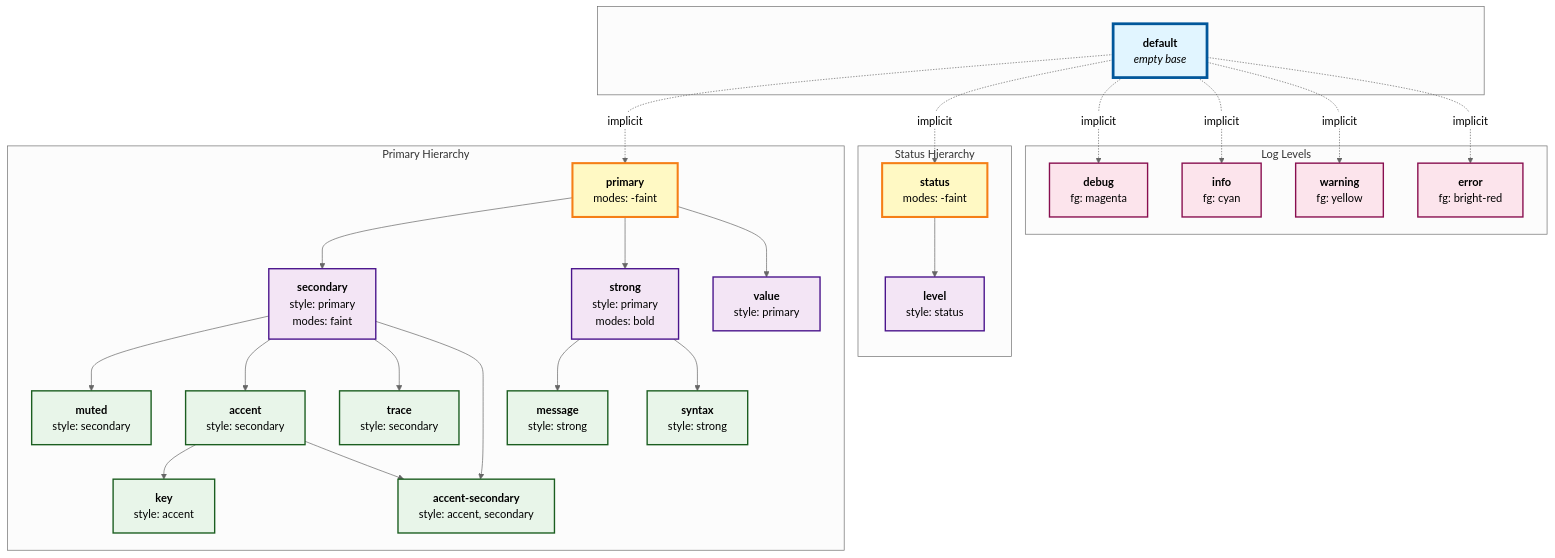
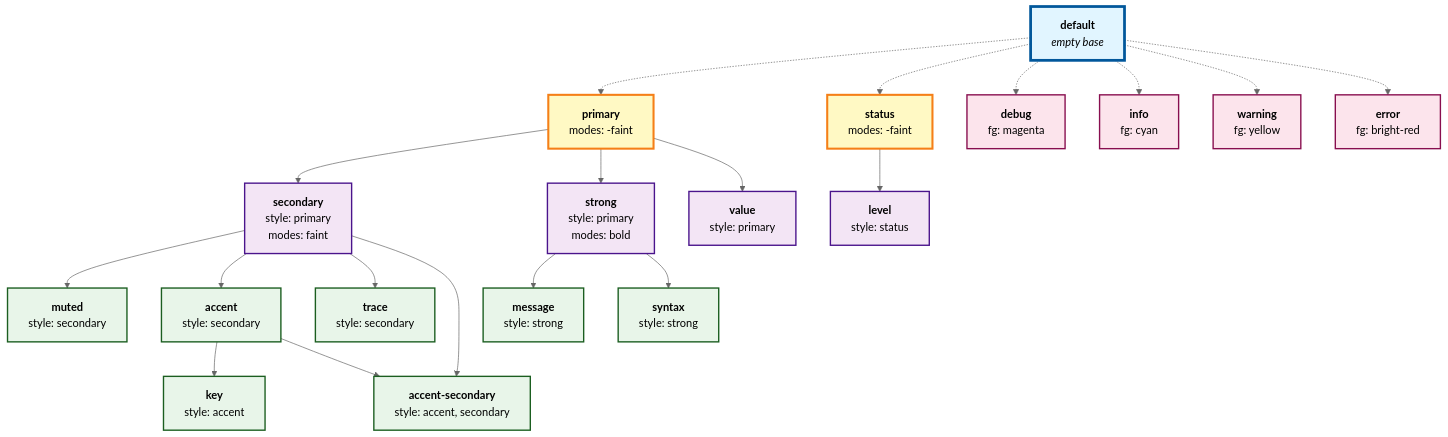
One commit to pamburus/hl changed the diagram in doc/theme.md. Above: the diagram before and after it, drawn with Mermaid (neutral theme). The commit also changed 1 other file, not shown here.

```diff
--- a/doc/theme.md
+++ b/doc/theme.md
@@ -122,12 +122,12 @@
     error["<b>error</b><br/>fg: bright-red"]
 
     %% Implicit inheritance from default (dotted lines)
-    default -.->|implicit| primary
-    default -.->|implicit| status
-    default -.->|implicit| debug
-    default -.->|implicit| info
-    default -.->|implicit| warning
-    default -.->|implicit| error
+    default -.-> primary
+    default -.-> status
+    default -.-> debug
+    default -.-> info
+    default -.-> warning
+    default -.-> error
 
     %% Primary hierarchy (solid lines)
     primary --> secondary
@@ -151,44 +151,20 @@
     %% Status derivative
     status --> level
 
-    %% Subgraph for better organization
-    subgraph " "
-        default
-    end
-
-    subgraph "Primary Hierarchy"
-        primary
-        secondary
-        strong
-        value
-        muted
-        accent
-        trace
-        key
-        accsec
-        message
-        syntax
-    end
-
-    subgraph "Status Hierarchy"
-        status
-        level
-    end
-
-    subgraph "Log Levels"
-        debug
-        info
-        warning
-        error
-    end
+    %% Note: Subgraph titles and edge labels removed to avoid dark mode readability issues
+    %% Grouping still visible through layout and color coding
+    %% - default: root of all styles (dotted lines = implicit inheritance)
+    %% - primary/secondary/strong/value/muted/accent/trace/key/accsec/message/syntax: primary hierarchy
+    %% - status/level: status hierarchy
+    %% - debug/info/warning/error: independent log level styles
 
     %% Style definitions
-    classDef root fill:#e1f5ff,stroke:#01579b,stroke-width:4px
-    classDef tier1 fill:#fff9c4,stroke:#f57f17,stroke-width:3px
-    classDef tier2 fill:#f3e5f5,stroke:#4a148c,stroke-width:2px
-    classDef tier3 fill:#e8f5e9,stroke:#1b5e20,stroke-width:2px
-    classDef independent fill:#fff3e0,stroke:#e65100,stroke-width:2px
-    classDef loglevel fill:#fce4ec,stroke:#880e4f,stroke-width:2px
+    classDef root fill:#e1f5ff,stroke:#01579b,stroke-width:4px,color:#000
+    classDef tier1 fill:#fff9c4,stroke:#f57f17,stroke-width:3px,color:#000
+    classDef tier2 fill:#f3e5f5,stroke:#4a148c,stroke-width:2px,color:#000
+    classDef tier3 fill:#e8f5e9,stroke:#1b5e20,stroke-width:2px,color:#000
+    classDef independent fill:#fff3e0,stroke:#e65100,stroke-width:2px,color:#000
+    classDef loglevel fill:#fce4ec,stroke:#880e4f,stroke-width:2px,color:#000
 
     class default root
     class primary,status tier1
```
